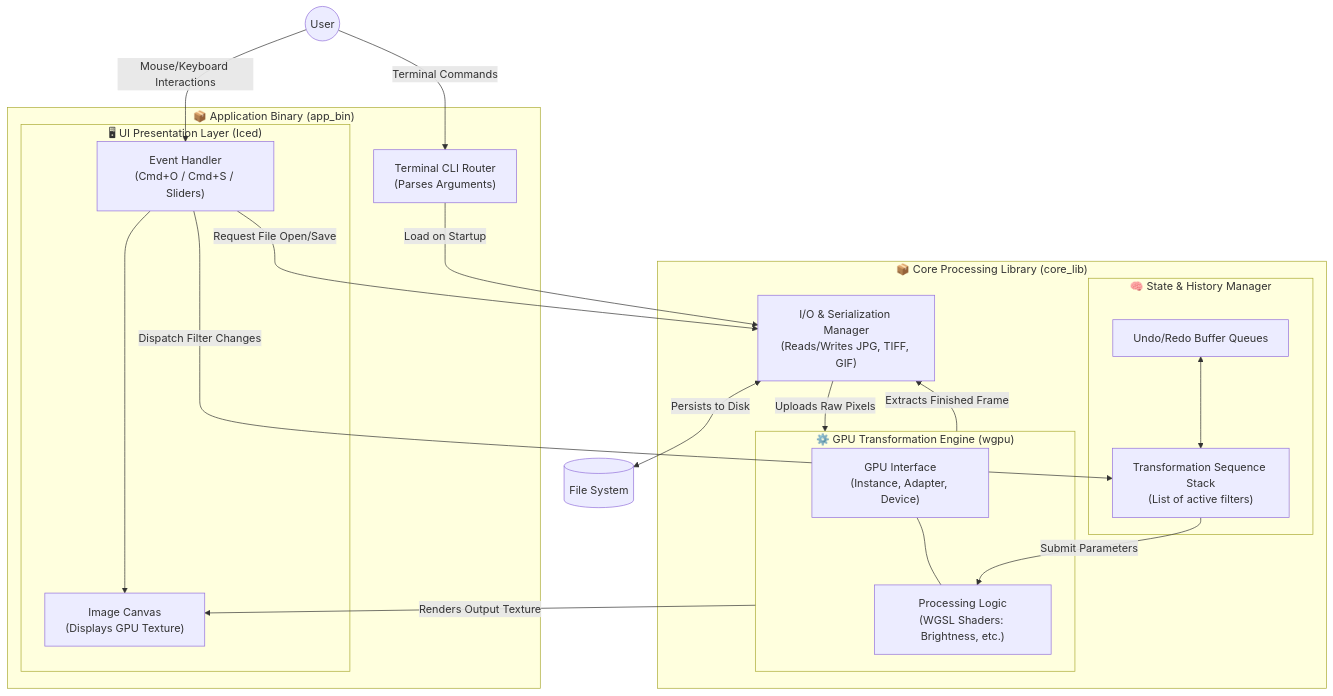
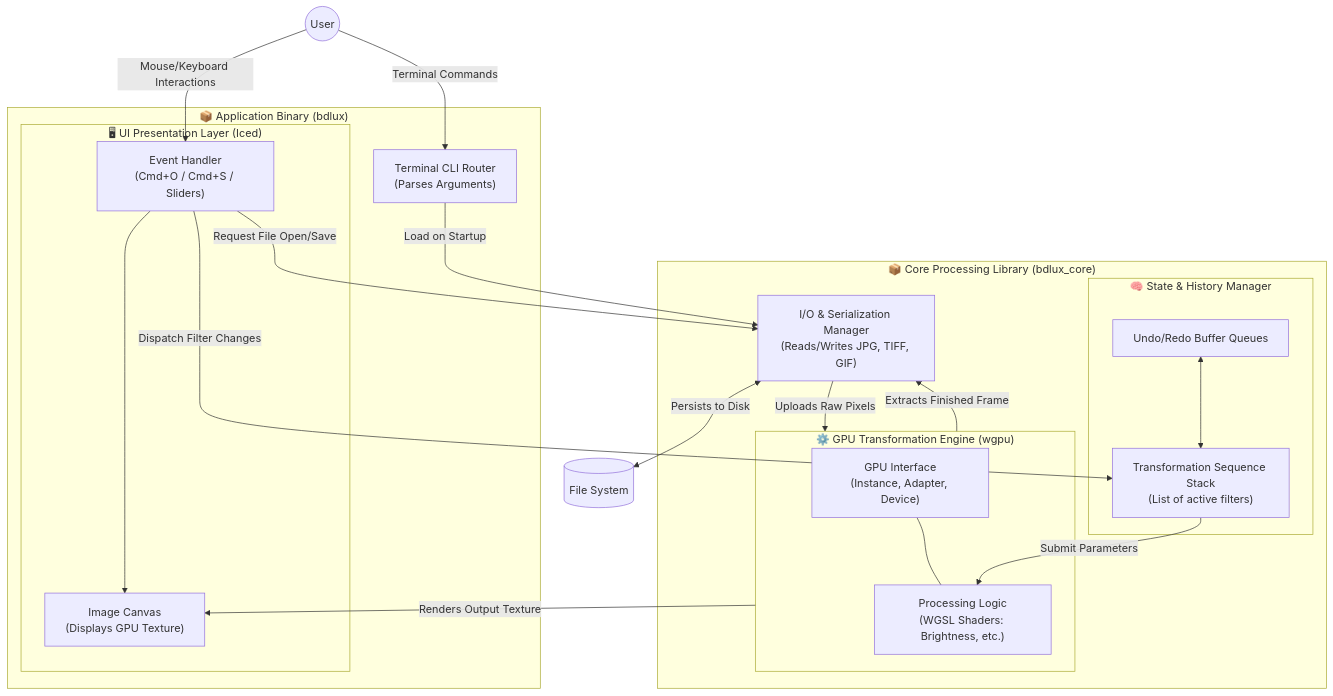
The diagram in architecture_diagram.md (billdirks/bdip), drawn with Mermaid before and after one commit. The commit also changed other lines of this file and 1 other file, not shown here.

Commit message:
Update specificiation using opus

````diff
--- a/architecture_diagram.md
+++ b/architecture_diagram.md
@@ -5,50 +5,50 @@
 ```mermaid 
 flowchart TB
     %% Entities
     User((User))
     FileSystem[(File System)]
 
     %% Application Binary Workspace
-    subgraph AppBinary ["📦 Application Binary (app_bin)"]
+    subgraph AppBinary ["📦 Application Binary (bdlux)"]
         CLI["Terminal CLI Router<br/>(Parses Arguments)"]
         
         subgraph UILayer ["🖥 UI Presentation Layer (Iced)"]
             UIEvents["Event Handler<br/>(Cmd+O / Cmd+S / Sliders)"]
             CanvasViewer["Image Canvas<br/>(Displays GPU Texture)"]
             UIEvents --> CanvasViewer
         end
     end
 
     %% Core Library Workspace
-    subgraph CoreLib ["📦 Core Processing Library (core_lib)"]
+    subgraph CoreLib ["📦 Core Processing Library (bdlux_core)"]
         IO["I/O & Serialization Manager<br/>(Reads/Writes JPG, TIFF, GIF)"]
         
         subgraph StateManager ["🧠 State & History Manager"]
             UndoRedo["Undo/Redo Buffer Queues"]
             TransformStack["Transformation Sequence Stack<br/>(List of active filters)"]
             UndoRedo <--> TransformStack
         end
 
         subgraph GPUEngine ["⚙️ GPU Transformation Engine (wgpu)"]
             HardwareSetup["GPU Interface<br/>(Instance, Adapter, Device)"]
             WGSLShaders["Processing Logic<br/>(WGSL Shaders: Brightness, etc.)"]
             HardwareSetup --- WGSLShaders
         end
     end
 
     %% Human Inputs
     User -->|Terminal Commands| CLI
     User -->|Mouse/Keyboard Interactions| UIEvents
 
     %% Inter-Component Flow
     CLI -->|Load on Startup| IO
     UIEvents -->|Request File Open/Save| IO
     UIEvents -->|Dispatch Filter Changes| TransformStack
 
     IO -->|Uploads Raw Pixels| GPUEngine
     IO <-->|Persists to Disk| FileSystem
 
     TransformStack -->|Submit Parameters| WGSLShaders
     GPUEngine -->|Renders Output Texture| CanvasViewer
     GPUEngine -->|Extracts Finished Frame| IO
 ```
````
